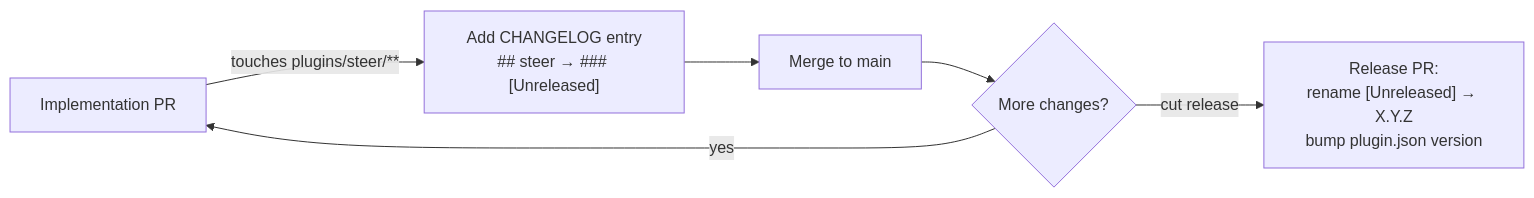
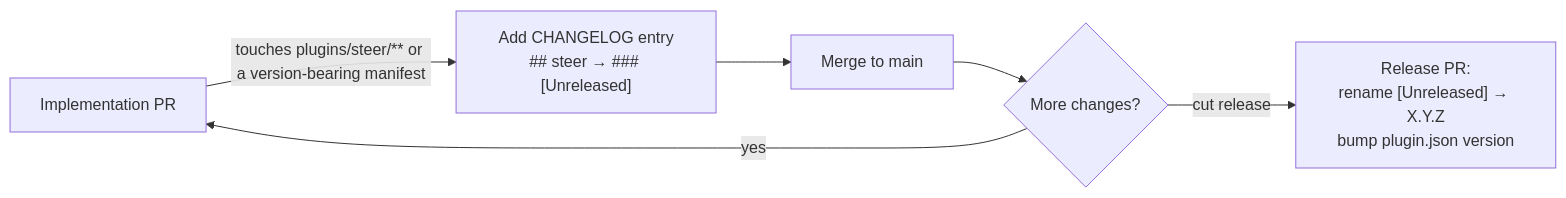
Before and after one commit to element22llc/e22-plugins: the diagram in docs/contributing/release-process.md, drawn with Mermaid. The commit also changed other lines of this file and 28 other files, not shown here.

````diff
--- a/docs/contributing/release-process.md
+++ b/docs/contributing/release-process.md
@@ -8,8 +8,8 @@
 ```mermaid
 flowchart LR
-    PR[Implementation PR] -->|touches plugins/steer/**| ENTRY["Add CHANGELOG entry<br/>## steer → ### [Unreleased]"]
+    PR[Implementation PR] -->|touches plugins/steer/** or a version-bearing manifest| ENTRY["Add CHANGELOG entry<br/>## steer → ### [Unreleased]"]
     ENTRY --> MERGE[Merge to main]
     MERGE --> REPEAT{More changes?}
     REPEAT -->|yes| PR
     REPEAT -->|cut release| RELEASE["Release PR:<br/>rename [Unreleased] → X.Y.Z<br/>bump plugin.json version"]
 ```
````
